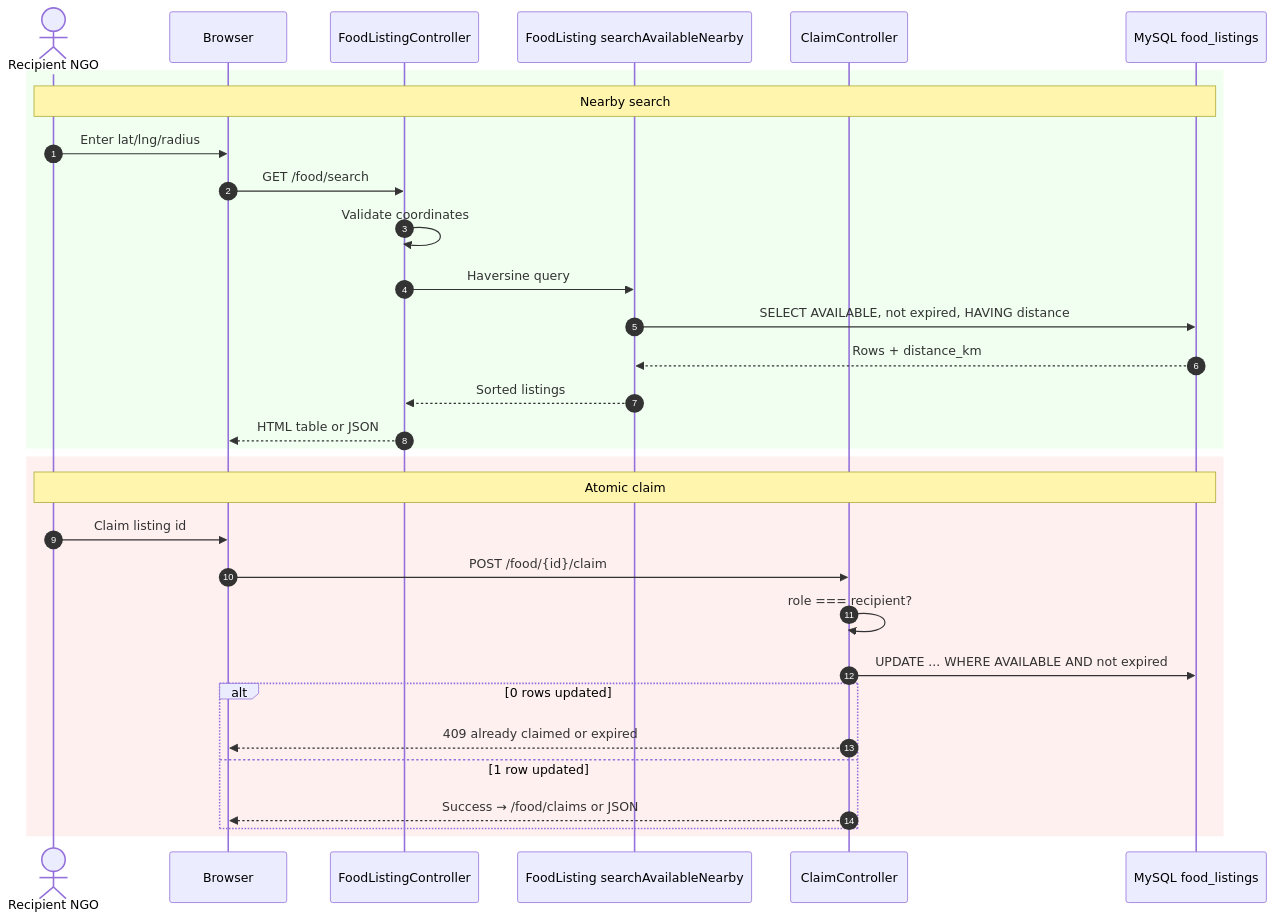
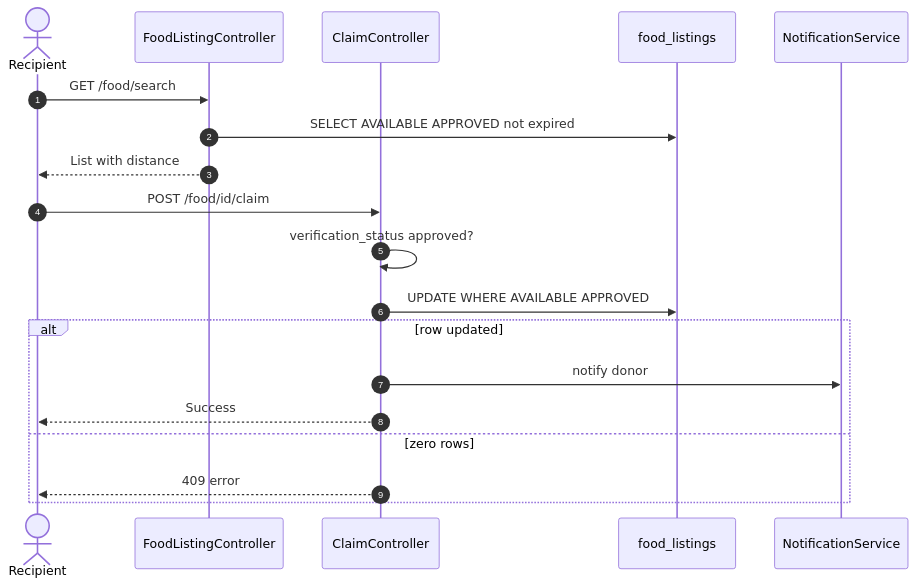
One commit to Shaheerazam111/Community-Food-Wastage-Reduction-Portal-v2 changed the diagram in Documentation/images/v2/source/07-sequence-search-claim.mmd. Above: the diagram before and after it, drawn with Mermaid. The commit also changed 138 other files, not shown here.

```diff
--- a/Documentation/images/v2/source/07-sequence-search-claim.mmd
+++ b/Documentation/images/v2/source/07-sequence-search-claim.mmd
@@ -1,33 +1,21 @@
 sequenceDiagram
     autonumber
-    actor NGO as Recipient NGO
-    participant Browser
+    actor NGO as Recipient
     participant Food as FoodListingController
-    participant Model as FoodListing searchAvailableNearby
     participant Claim as ClaimController
-    participant DB as MySQL food_listings
+    participant DB as food_listings
+    participant NS as NotificationService
 
-    rect rgb(240, 255, 240)
-        Note over NGO,DB: Nearby search
-        NGO->>Browser: Enter lat/lng/radius
-        Browser->>Food: GET /food/search
-        Food->>Food: Validate coordinates
-        Food->>Model: Haversine query
-        Model->>DB: SELECT AVAILABLE, not expired, HAVING distance
-        DB-->>Model: Rows + distance_km
-        Model-->>Food: Sorted listings
-        Food-->>Browser: HTML table or JSON
+    NGO->>Food: GET /food/search
+    Food->>DB: SELECT AVAILABLE APPROVED not expired
+    Food-->>NGO: List with distance
+
+    NGO->>Claim: POST /food/id/claim
+    Claim->>Claim: verification_status approved?
+    Claim->>DB: UPDATE WHERE AVAILABLE APPROVED
+    alt row updated
+        Claim->>NS: notify donor
+        Claim-->>NGO: Success
+    else zero rows
+        Claim-->>NGO: 409 error
     end
-
-    rect rgb(255, 240, 240)
-        Note over NGO,DB: Atomic claim
-        NGO->>Browser: Claim listing id
-        Browser->>Claim: POST /food/{id}/claim
-        Claim->>Claim: role === recipient?
-        Claim->>DB: UPDATE ... WHERE AVAILABLE AND not expired
-        alt 0 rows updated
-            Claim-->>Browser: 409 already claimed or expired
-        else 1 row updated
-            Claim-->>Browser: Success → /food/claims or JSON
-        end
-    end
```
